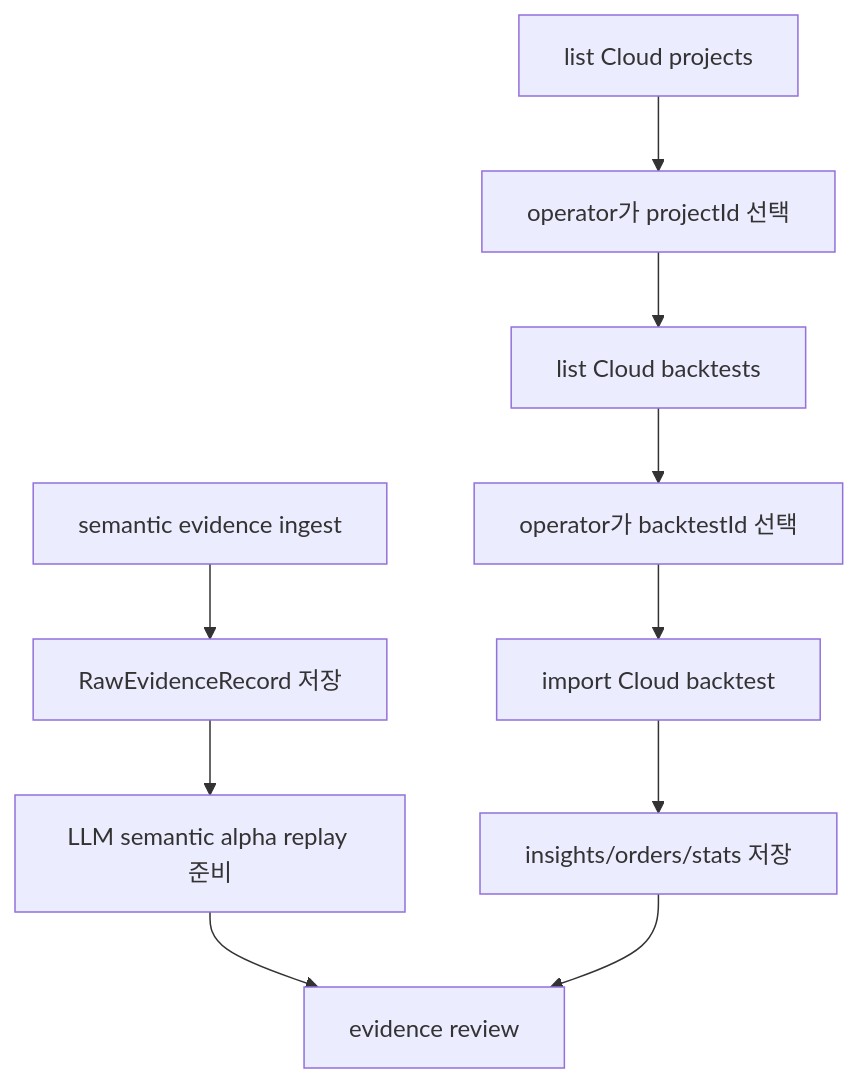
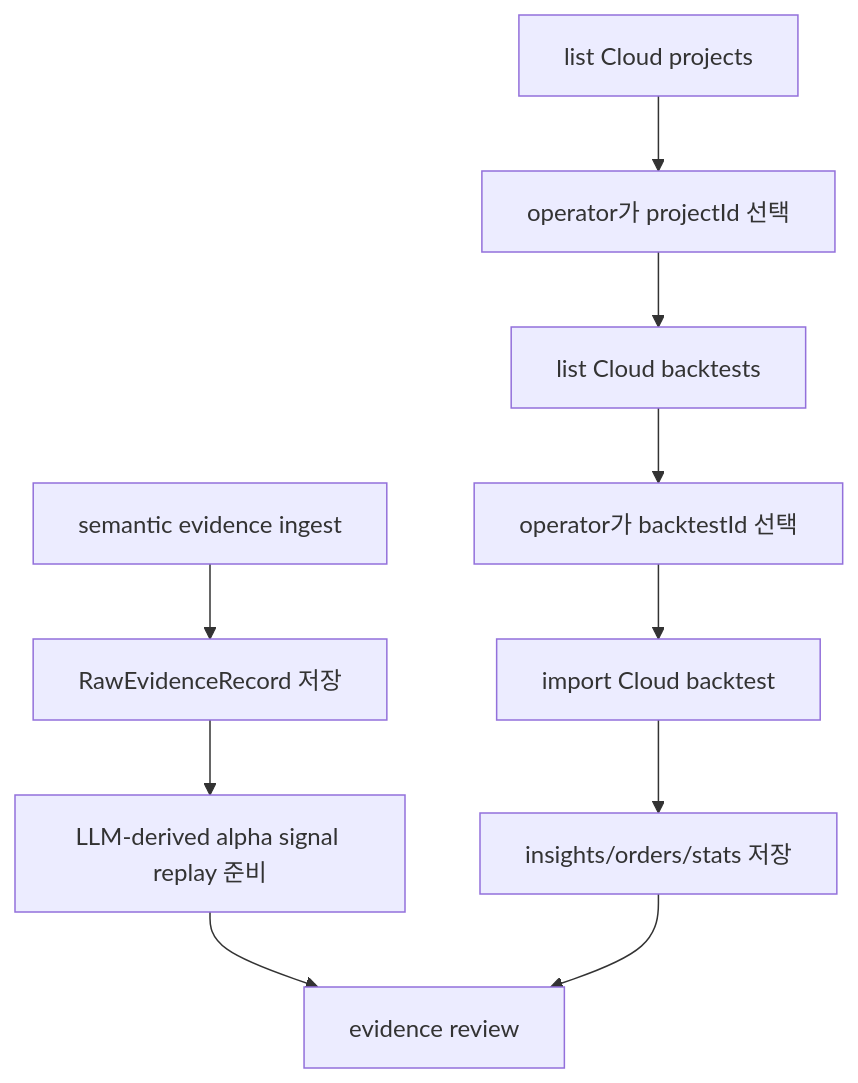
The ninth of 10 diagrams in result.md (gigio1023/lincei-quant-research-engine), drawn with Mermaid before and after one commit. The commit also changed other lines of this file and 83 other files, not shown here.

````diff
--- a/result.md
+++ b/result.md
@@ -388,14 +388,14 @@
 ```mermaid
 flowchart TD
     A["semantic evidence ingest"] --> B["RawEvidenceRecord 저장"]
-    B --> C["LLM semantic alpha replay 준비"]
+    B --> C["LLM-derived alpha signal replay 준비"]
 
     D["list Cloud projects"] --> E["operator가 projectId 선택"]
     E --> F["list Cloud backtests"]
     F --> G["operator가 backtestId 선택"]
     G --> H["import Cloud backtest"]
     H --> I["insights/orders/stats 저장"]
 
     C --> J["evidence review"]
     I --> J
 ```
````
